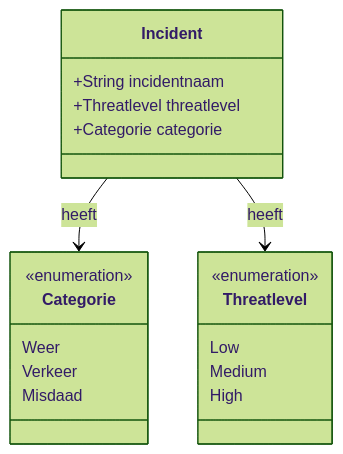
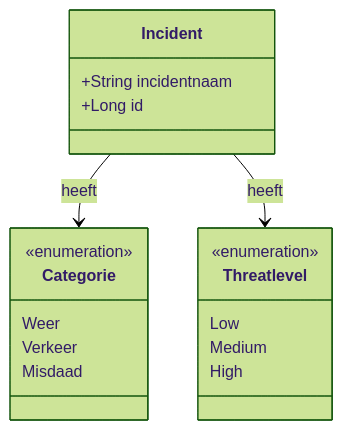
The diagram in documentatie/UML-diagram.md (Broken-Lad/Smart-city-incident-response-platform), drawn with Mermaid (forest theme) before and after one commit.

````diff
--- a/documentatie/UML-diagram.md
+++ b/documentatie/UML-diagram.md
@@ -1,25 +1,24 @@
 ```mermaid
 classDiagram
     class Incident {
         +String incidentnaam
-        +Threatlevel threatlevel
-        +Categorie categorie
+        +Long id
     }
 
     class Categorie {
         <<enumeration>> 
         Weer
         Verkeer
         Misdaad
     }
 
     class Threatlevel {
         <<enumeration>>
         Low
         Medium
         High
     }
 
     Incident --> Categorie : heeft
     Incident --> Threatlevel : heeft
 ```
````
